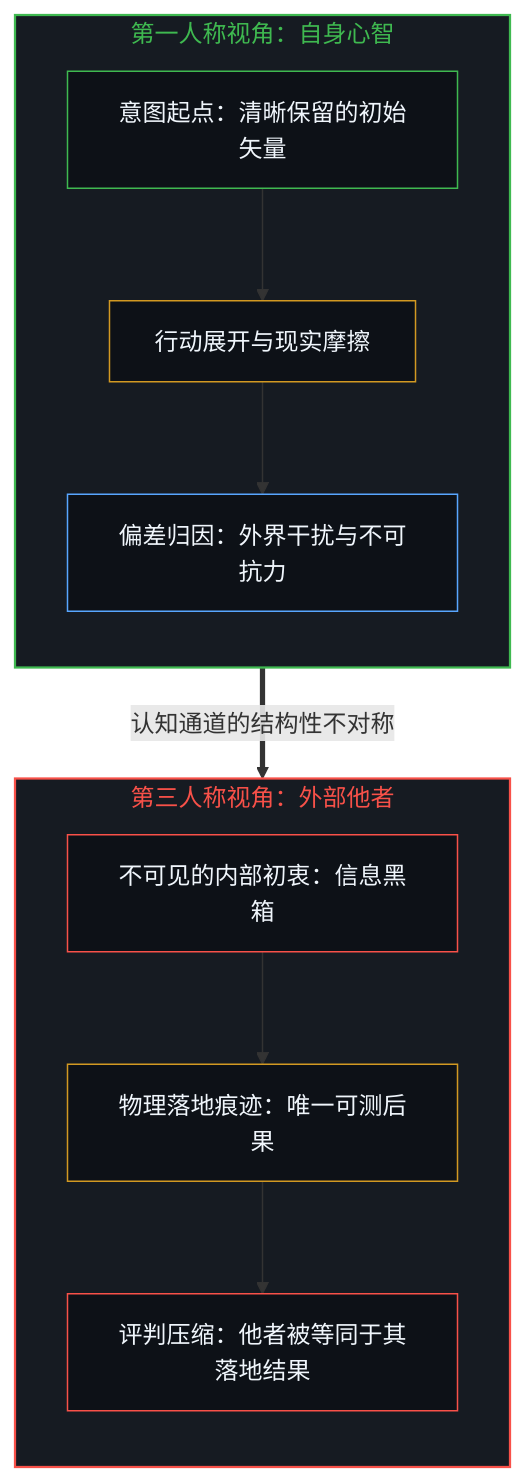
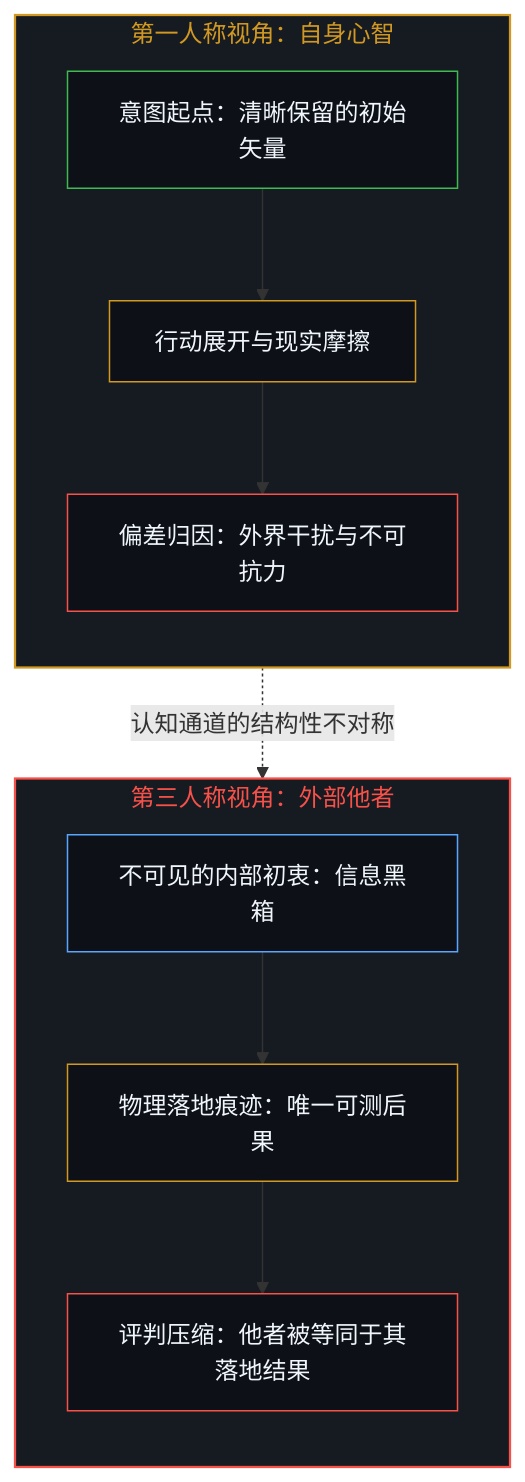
The third of 8 diagrams in content/posts/the-unexamined-critic.md (powerpig99/not-a-toe), drawn with Mermaid before and after one commit. The commit also changed other lines of this file and 9 other files, not shown here.

````diff
--- a/content/posts/the-unexamined-critic.md
+++ b/content/posts/the-unexamined-critic.md
@@ -69,26 +69,26 @@
 ```mermaid
 flowchart TD
     subgraph S_Self ["第一人称视角：自身心智"]
         direction TB
         SelfIntent["意图起点：清晰保留的初始矢量"]
         SelfAction["行动展开与现实摩擦"]
         SelfExcuse["偏差归因：外界干扰与不可抗力"]
         SelfIntent --> SelfAction --> SelfExcuse
     end
     subgraph S_Other ["第三人称视角：外部他者"]
         direction TB
         OtherHidden["不可见的内部初衷：信息黑箱"]
         OtherTrace["物理落地痕迹：唯一可测后果"]
         OtherVerdict["评判压缩：他者被等同于其落地结果"]
         OtherHidden --> OtherTrace --> OtherVerdict
     end
-    S_Self ==>|"认知通道的结构性不对称"| S_Other
-    style S_Self fill:#161b22,stroke:#3fb950,stroke-width:1.5px,color:#3fb950
+    S_Self -.->|"认知通道的结构性不对称"| S_Other
+    style S_Self fill:#161b22,stroke:#d29922,stroke-width:1.5px,color:#d29922
     style S_Other fill:#161b22,stroke:#f85149,stroke-width:1.5px,color:#f85149
     style SelfIntent fill:#0d1117,stroke:#3fb950,stroke-width:1px,color:#f0f6fc
     style SelfAction fill:#0d1117,stroke:#d29922,stroke-width:1px,color:#f0f6fc
-    style SelfExcuse fill:#0d1117,stroke:#58a6ff,stroke-width:1px,color:#f0f6fc
-    style OtherHidden fill:#0d1117,stroke:#f85149,stroke-width:1px,color:#f0f6fc
+    style SelfExcuse fill:#0d1117,stroke:#f85149,stroke-width:1px,color:#f0f6fc
+    style OtherHidden fill:#0d1117,stroke:#58a6ff,stroke-width:1px,color:#f0f6fc
     style OtherTrace fill:#0d1117,stroke:#d29922,stroke-width:1px,color:#f0f6fc
     style OtherVerdict fill:#0d1117,stroke:#f85149,stroke-width:1px,color:#f0f6fc
 ```
````
